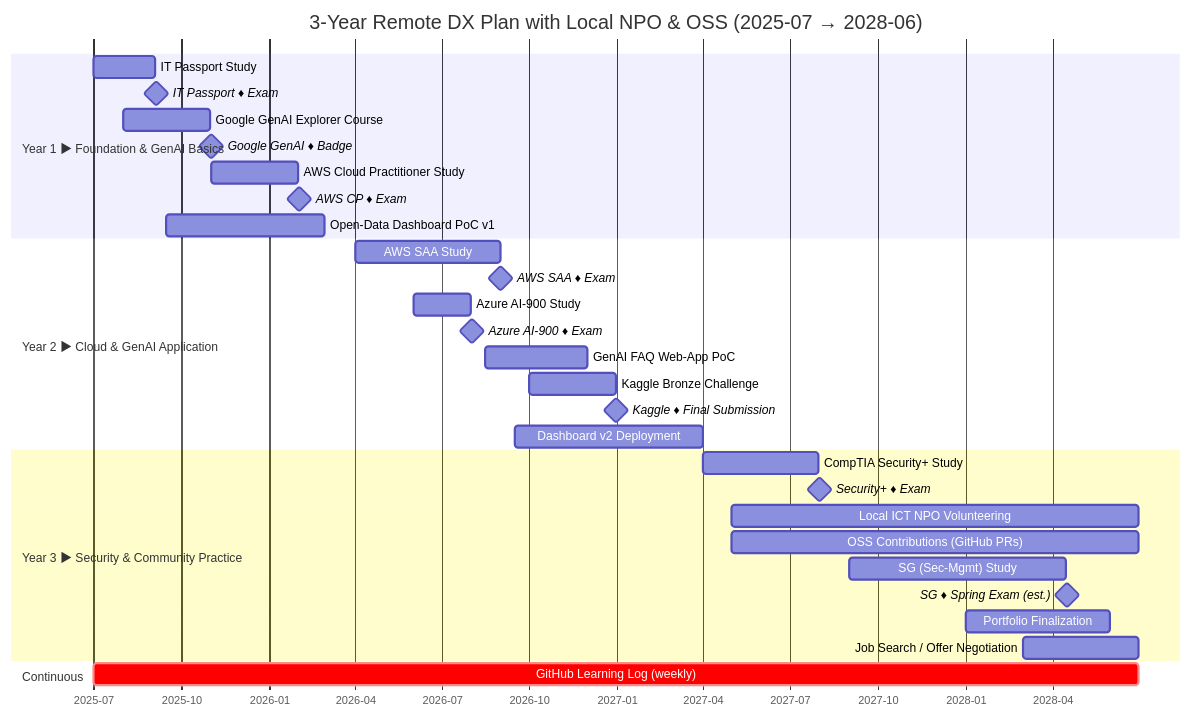
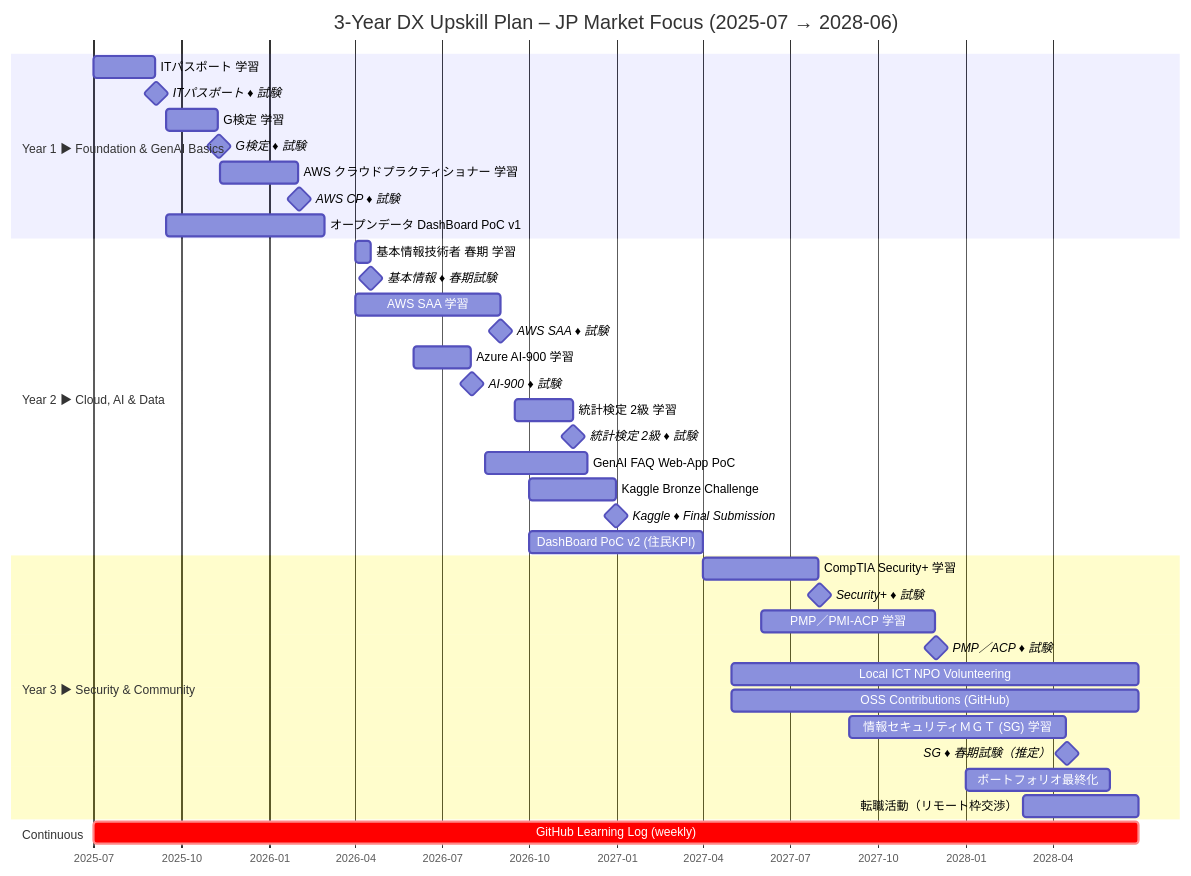
One commit to uruc-0start/- changed the diagram in README.md. Above: the diagram before and after it, drawn with Mermaid.

````diff
--- a/README.md
+++ b/README.md
@@ -1,42 +1,48 @@
 ```mermaid
 gantt
-  title 3-Year Remote DX Plan with Local NPO & OSS (2025-07 → 2028-06)
+  title 3-Year DX Upskill Plan – JP Market Focus (2025-07 → 2028-06)
   dateFormat  YYYY-MM-DD
   axisFormat  %Y-%m
 
-  %% ──────────────── Year 1 ─────────────────
+  %% ─────────────── Year 1 ───────────────
   section Year 1 ▶ Foundation & GenAI Basics
-  IT Passport Study                 :itp,        2025-07-01, 2025-09-04
-  IT Passport ♦ Exam                :milestone,  itp_ex,    2025-09-05, 0d
-  Google GenAI Explorer Course      :genai,      2025-08-01, 2025-10-31
-  Google GenAI ♦ Badge              :milestone,  genai_ex,  2025-11-01, 0d
-  AWS Cloud Practitioner Study      :aws_cp,     2025-11-01, 2026-01-31
-  AWS CP ♦ Exam                     :milestone,  aws_cp_ex, 2026-02-01, 0d
-  Open-Data Dashboard PoC v1        :poc1,       2025-09-15, 2026-02-28
+  ITパスポート 学習                   :itp_st,   2025-07-01, 2025-09-04
+  ITパスポート ♦ 試験                 :milestone,itp_ex,  2025-09-05, 0d
+  G検定 学習                          :gtest_st, 2025-09-15, 2025-11-08
+  G検定 ♦ 試験                        :milestone,gtest_ex,2025-11-09, 0d
+  AWS クラウドプラクティショナー 学習  :awscp,    2025-11-10, 2026-01-31
+  AWS CP ♦ 試験                       :milestone,awscp_ex,2026-02-01, 0d
+  オープンデータ DashBoard PoC v1     :poc1,     2025-09-15, 2026-02-28
 
-  %% ──────────────── Year 2 ─────────────────
-  section Year 2 ▶ Cloud & GenAI Application
-  AWS SAA Study                     :saa,        2026-04-01, 2026-08-31
-  AWS SAA ♦ Exam                    :milestone,  saa_ex,    2026-09-01, 0d
-  Azure AI-900 Study                :ai900,      2026-06-01, 2026-07-31
-  Azure AI-900 ♦ Exam               :milestone,  ai900_ex,  2026-08-01, 0d
-  GenAI FAQ Web-App PoC             :faq,        2026-08-15, 2026-11-30
-  Kaggle Bronze Challenge           :kaggle,     2026-10-01, 2026-12-30
-  Kaggle ♦ Final Submission         :milestone,  kaggle_ex, 2026-12-31, 0d
-  Dashboard v2 Deployment           :poc2,       2026-09-15, 2027-03-31
+  %% ─────────────── Year 2 ───────────────
+  section Year 2 ▶ Cloud, AI & Data
+  基本情報技術者 春期 学習            :fe_st,    2026-04-01, 2026-04-17
+  基本情報 ♦ 春期試験                 :milestone,fe_ex,   2026-04-18, 0d
+  AWS SAA 学習                        :saa,      2026-04-01, 2026-08-31
+  AWS SAA ♦ 試験                      :milestone,saa_ex,  2026-09-01, 0d
+  Azure AI-900 学習                   :ai900,    2026-06-01, 2026-07-31
+  AI-900 ♦ 試験                       :milestone,ai900_ex,2026-08-01, 0d
+  統計検定 2級 学習                   :stat2,    2026-09-15, 2026-11-15
+  統計検定 2級 ♦ 試験                :milestone,stat2_ex,2026-11-16, 0d
+  GenAI FAQ Web-App PoC               :faq,      2026-08-15, 2026-11-30
+  Kaggle Bronze Challenge             :kaggle,   2026-10-01, 2026-12-30
+  Kaggle ♦ Final Submission           :milestone,kaggle_ex,2026-12-31, 0d
+  DashBoard PoC v2 (住民KPI)          :poc2,     2026-10-01, 2027-03-31
 
-  %% ──────────────── Year 3 ─────────────────
-  section Year 3 ▶ Security & Community Practice
-  CompTIA Security+ Study           :secplus,    2027-04-01, 2027-07-31
-  Security+ ♦ Exam                  :milestone,  secplus_ex,2027-08-01, 0d
-  Local ICT NPO Volunteering        :npo,        2027-05-01, 2028-06-30
-  OSS Contributions (GitHub PRs)    :oss,        2027-05-01, 2028-06-30
-  SG (Sec-Mgmt) Study               :sgstudy,    2027-09-01, 2028-04-15
-  SG ♦ Spring Exam (est.)           :milestone,  sg_ex,     2028-04-16, 0d
-  Portfolio Finalization            :portfolio,  2028-01-01, 2028-05-31
-  Job Search / Offer Negotiation    :jobsearch,  2028-03-01, 2028-06-30
+  %% ─────────────── Year 3 ───────────────
+  section Year 3 ▶ Security & Community
+  CompTIA Security+ 学習              :secplus,  2027-04-01, 2027-07-31
+  Security+ ♦ 試験                    :milestone,secplus_ex,2027-08-01, 0d
+  PMP／PMI-ACP 学習                   :pmp,      2027-06-01, 2027-11-30
+  PMP／ACP ♦ 試験                     :milestone,pmp_ex,   2027-12-01, 0d
+  Local ICT NPO Volunteering          :npo,      2027-05-01, 2028-06-30
+  OSS Contributions (GitHub)          :oss,      2027-05-01, 2028-06-30
+  情報セキュリティＭＧＴ (SG) 学習     :sg_st,    2027-09-01, 2028-04-15
+  SG ♦ 春期試験（推定）              :milestone,sg_ex,    2028-04-16, 0d
+  ポートフォリオ最終化               :portfolio,2028-01-01, 2028-05-31
+  転職活動（リモート枠交渉）          :job,      2028-03-01, 2028-06-30
 
-  %% ─────────────── Continuous ──────────────
+  %% ───────────── Continuous ─────────────
   section Continuous
-  GitHub Learning Log (weekly)      :crit, ghlog,2025-07-01, 2028-06-30
+  GitHub Learning Log (weekly)       :crit, ghlog,2025-07-01, 2028-06-30
 ```
````
